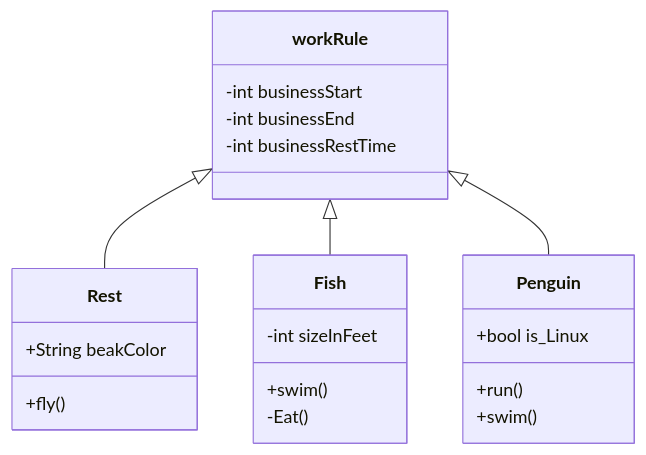
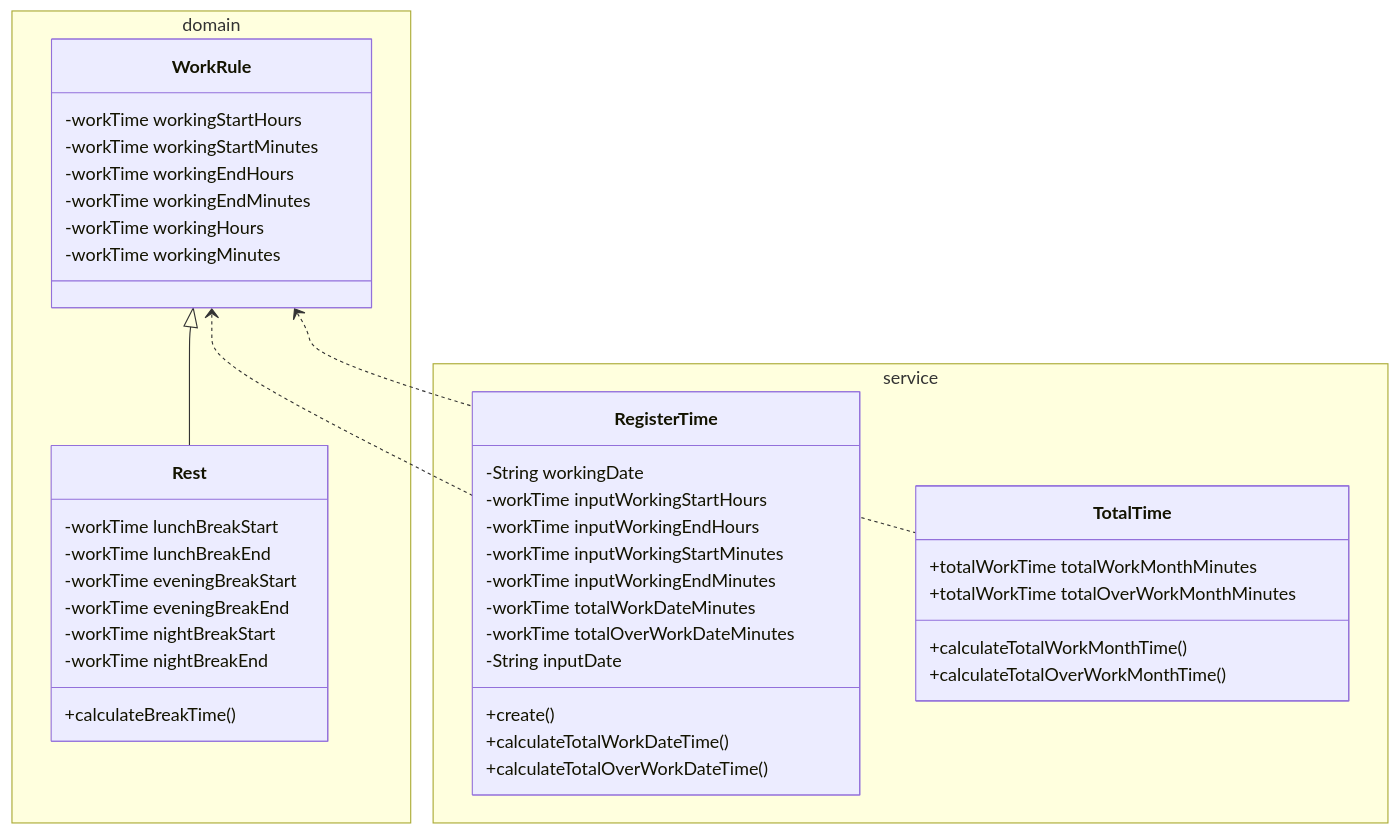
One commit to biglobe-isp/kintai changed the diagram in model.md. Above: the diagram before and after it, drawn with Mermaid.

Commit message:
fix model.md v2

````diff
--- a/model.md
+++ b/model.md
@@ -1,26 +1,49 @@
 ```mermaid
 classDiagram
-    workRule <|-- Rest
-    workRule <|-- Fish
-    workRule <|-- Penguin
-    workRule : -int businessStart
-    workRule : -int businessEnd
-    workRule : -int businessRestTime
-
-    class Rest{
-        +String beakColor
-        +fly()
-    }
-    class Fish{
-        -int sizeInFeet
-        +swim()
-        -Eat()
-    }
-    class Penguin{
-        +bool is_Linux
-        +run()
-        +swim()
-    }
+    namespace domain {
+        class WorkRule{
+            -workTime workingStartHours
+            -workTime workingStartMinutes
+            -workTime workingEndHours
+            -workTime workingEndMinutes
+            -workTime workingHours
+            -workTime workingMinutes
+        }
+    
+        class Rest{
+            -workTime lunchBreakStart
+            -workTime lunchBreakEnd
+            -workTime eveningBreakStart
+            -workTime eveningBreakEnd
+            -workTime nightBreakStart
+            -workTime nightBreakEnd
+            +calculateBreakTime()
+        } 
+        }
+        namespace service {
+            class RegisterTime{
+                -String workingDate
+                -workTime inputWorkingStartHours
+                -workTime inputWorkingEndHours
+                -workTime inputWorkingStartMinutes
+                -workTime inputWorkingEndMinutes
+                -workTime totalWorkDateMinutes
+                -workTime totalOverWorkDateMinutes
+                -String inputDate
+                +create()
+                +calculateTotalWorkDateTime()
+                +calculateTotalOverWorkDateTime()
+            }
+            class TotalTime{
+                +totalWorkTime totalWorkMonthMinutes
+                +totalWorkTime totalOverWorkMonthMinutes
+                +calculateTotalWorkMonthTime()
+                +calculateTotalOverWorkMonthTime()
+            }
+            }
+        WorkRule <|-- Rest
+        WorkRule <.. RegisterTime
+        WorkRule <.. TotalTime
 
 
 ```
````
